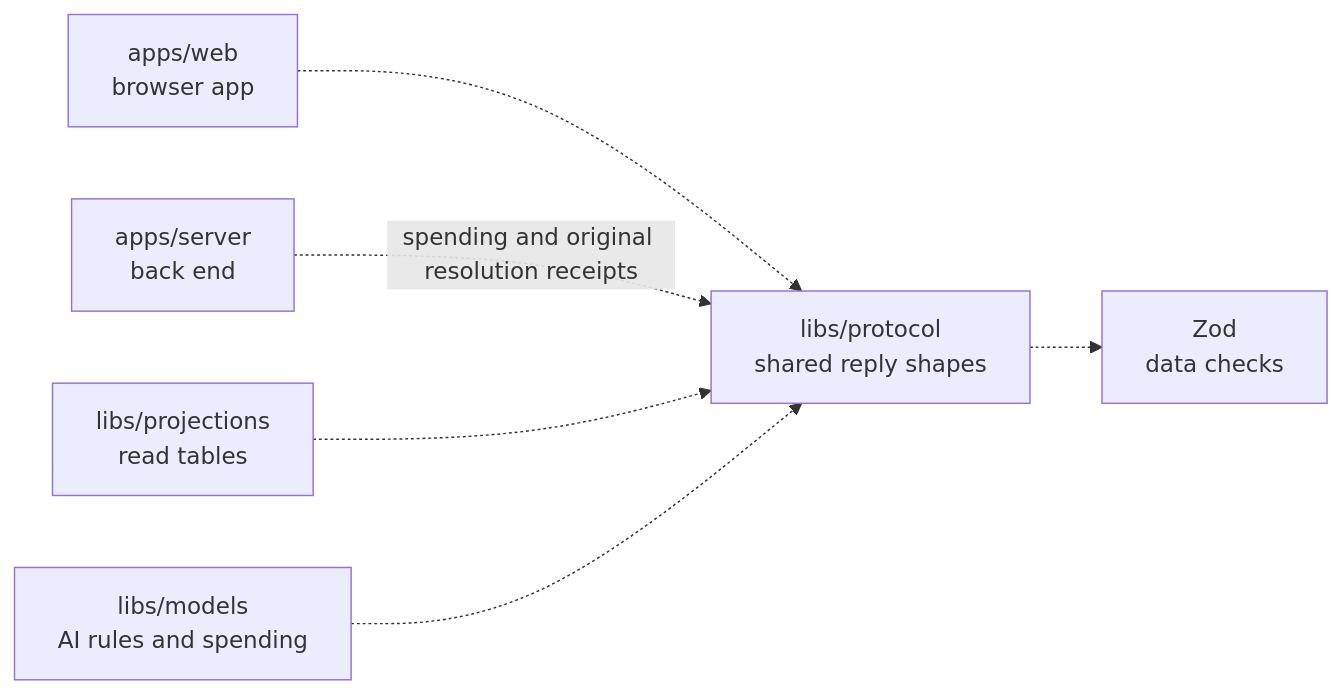
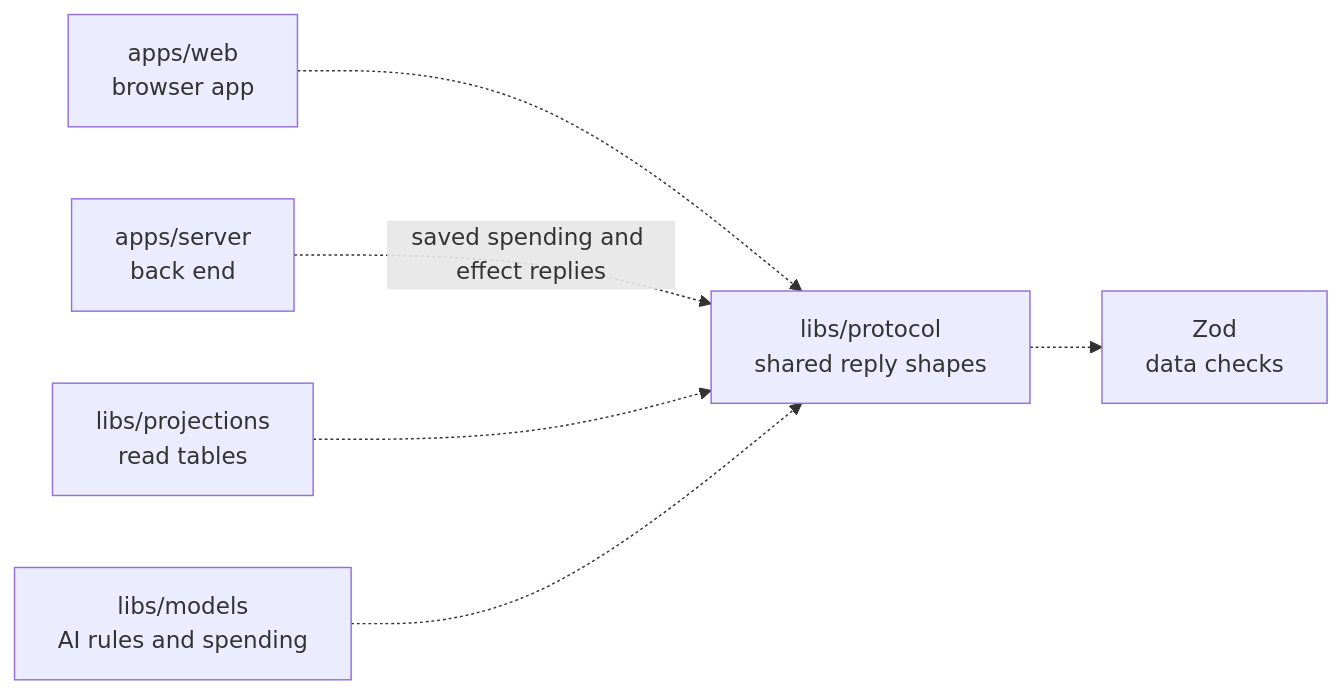
The diagram in libs/protocol/README.md (elewa-git/opencrane-new), drawn with Mermaid before and after one commit. The commit also changed other lines of this file, not shown here.

Commit message:
📝 Clarify saved effect reply docs

````diff
--- a/libs/protocol/README.md
+++ b/libs/protocol/README.md
@@ -28,8 +26,8 @@
 ```mermaid
 flowchart LR
   web["apps/web<br/>browser app"] -.-> protocol["libs/protocol<br/>shared reply shapes"]
-  server["apps/server<br/>back end"] -.->|spending and original resolution receipts| protocol
+  server["apps/server<br/>back end"] -.->|saved spending and effect replies| protocol
   projections["libs/projections<br/>read tables"] -.-> protocol
   models["libs/models<br/>AI rules and spending"] -.-> protocol
   protocol -.-> zod["Zod<br/>data checks"]
 ```
````
